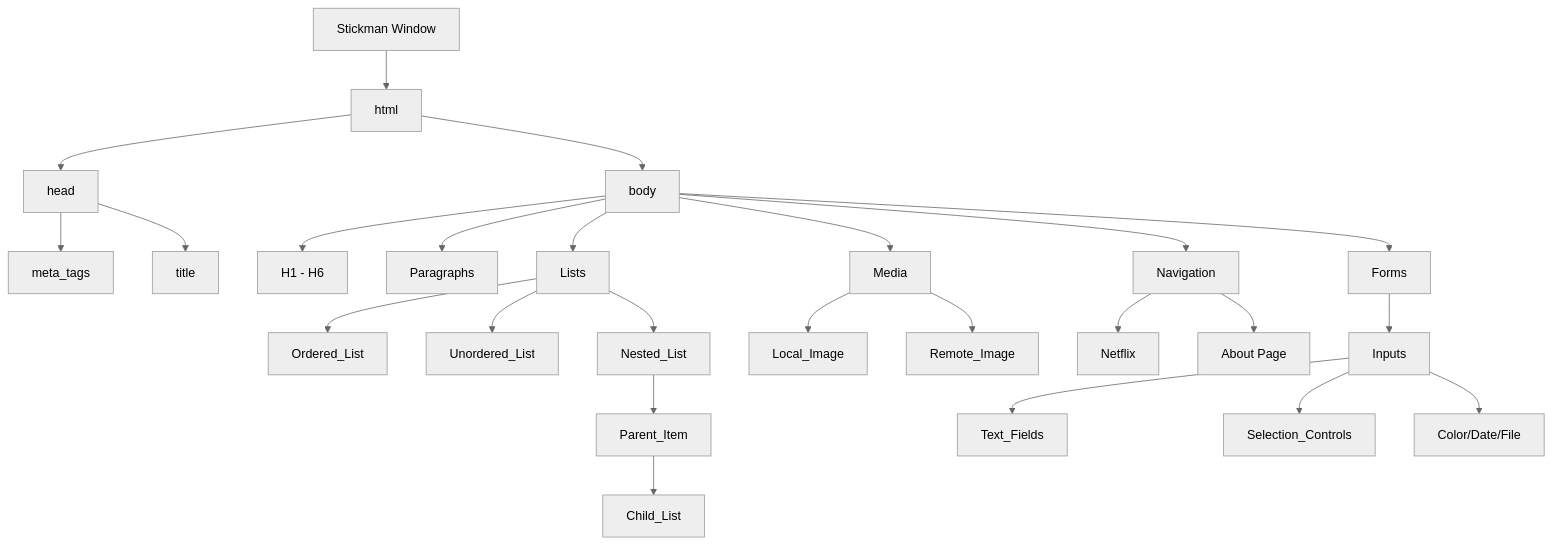
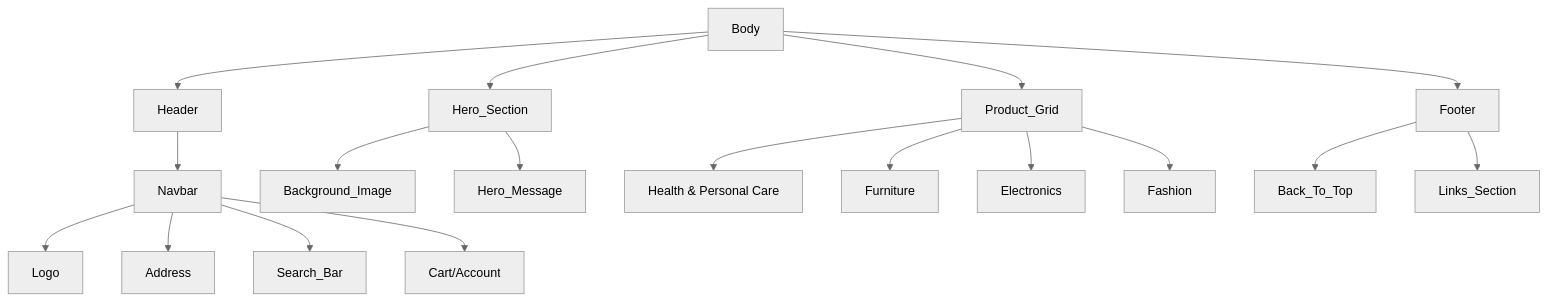
One commit to SonamNarula/ChaiCode-Dev-Cohort changed the first of 2 diagrams in README.md. Above: the diagram before and after it, drawn with Mermaid (neutral theme). The commit also changed other lines of this file, not shown here.

````diff
--- a/README.md
+++ b/README.md
@@ -110,36 +54,22 @@
-    ```mermaid
-    graph TD;
-      root[Stickman Window] --> html;
-      html --> head;
-      head --> meta_tags;
-      head --> title;
-      html --> body;
-      
-      %% Content Sections
-      body --> Headings[H1 - H6];
-      body --> Paragraphs;
-      
-      %% Lists
-      body --> Lists;
-      Lists --> Ordered_List;
-      Lists --> Unordered_List;
-      Lists --> Nested_List;
-      Nested_List --> Parent_Item;
-      Parent_Item --> Child_List;
-      
-      %% Media
-      body --> Media;
-      Media --> Local_Image;
-      Media --> Remote_Image;
-      
-      %% Navigation & Forms
-      body --> Navigation;
-      Navigation --> External_Link[Netflix];
-      Navigation --> Internal_Link[About Page];
-      
-      body --> Forms;
-      Forms --> Inputs;
-      Inputs --> Text_Fields;
-      Inputs --> Selection_Controls;
-      Inputs --> Special_Types[Color/Date/File];
-    ```
+```mermaid
+graph TD;
+    Body --> Header;
+    Header --> Navbar;
+    Navbar --> Logo & Address;
+    Navbar --> Search_Bar;
+    Navbar --> Nav_Icons[Cart/Account];
+    
+    Body --> Hero_Section;
+    Hero_Section --> Background_Image;
+    Hero_Section --> Hero_Message;
+    
+    Body --> Product_Grid;
+    Product_Grid --> Card_1[Health & Personal Care];
+    Product_Grid --> Card_2[Furniture];
+    Product_Grid --> Card_3[Electronics];
+    Product_Grid --> Card_4[Fashion];
+    
+    Body --> Footer;
+    Footer --> Back_To_Top;
+    Footer --> Links_Section;
+```
````
